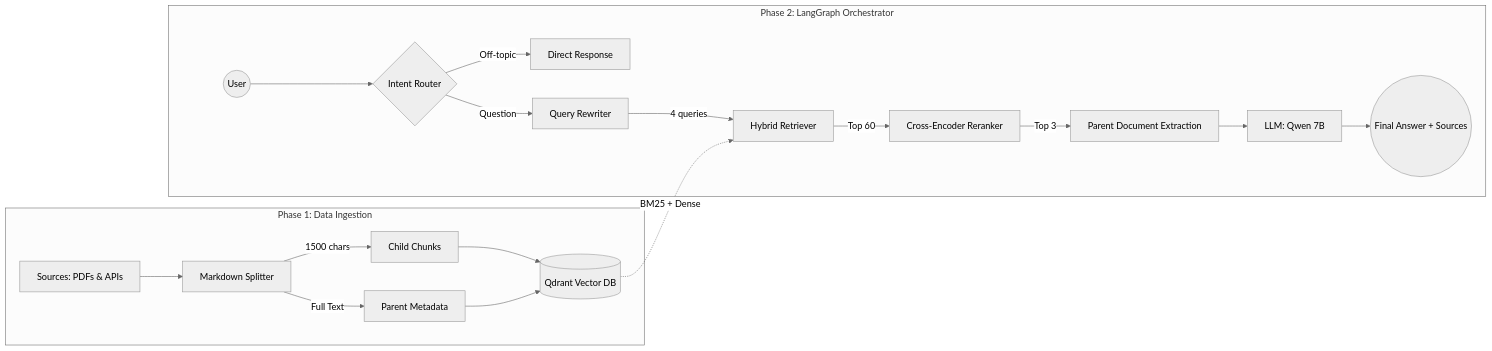
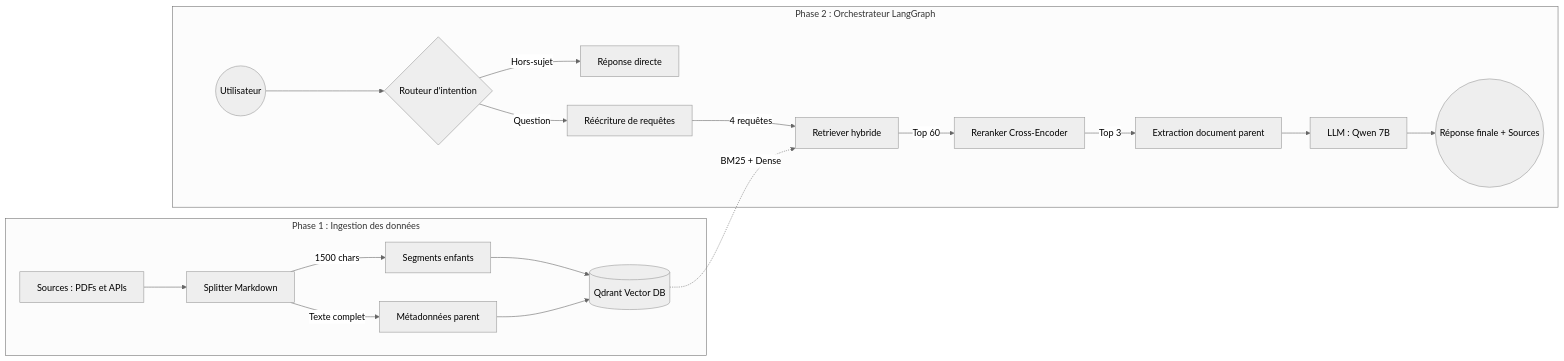
Before and after one commit to LeVDuy/french-labor-law-rag: the diagram in README.md, drawn with Mermaid (neutral theme). The commit also changed other lines of this file and 1 other file, not shown here.

````diff
--- a/README.md
+++ b/README.md
@@ -34,25 +36,23 @@
 ```mermaid
 graph LR
 
-%% Phase 1: Data Ingestion
-subgraph G1 [Phase 1: Data Ingestion]
-    A[Sources: PDFs & APIs] --> B[Markdown Splitter]
-    B -->|1500 chars| C[Child Chunks]
-    B -->|Full Text| D[Parent Metadata]
+subgraph G1 [Phase 1 : Ingestion des données]
+    A[Sources : PDFs et APIs] --> B[Splitter Markdown]
+    B -->|1500 chars| C[Segments enfants]
+    B -->|Texte complet| D[Métadonnées parent]
     C --> E[(Qdrant Vector DB)]
     D --> E
 end
 
-%% Phase 2: Orchestration
-subgraph G2 [Phase 2: LangGraph Orchestrator]
-    F((User)) --> G{Intent Router}
-    G -- Off-topic --> H[Direct Response]
-    G -- Question --> I[Query Rewriter]
-    I -->|4 queries| J[Hybrid Retriever]
+subgraph G2 [Phase 2 : Orchestrateur LangGraph]
+    F((Utilisateur)) --> G{Routeur d'intention}
+    G -- Hors-sujet --> H[Réponse directe]
+    G -- Question --> I[Réécriture de requêtes]
+    I -->|4 requêtes| J[Retriever hybride]
     E -. BM25 + Dense .-> J
-    J -->|Top 60| K[Cross-Encoder Reranker]
-    K -->|Top 3| L[Parent Document Extraction]
-    L --> M[LLM: Qwen 7B]
-    M --> N((Final Answer + Sources))
+    J -->|Top 60| K[Reranker Cross-Encoder]
+    K -->|Top 3| L[Extraction document parent]
+    L --> M[LLM : Qwen 7B]
+    M --> N((Réponse finale + Sources))
 end
 ```
````
